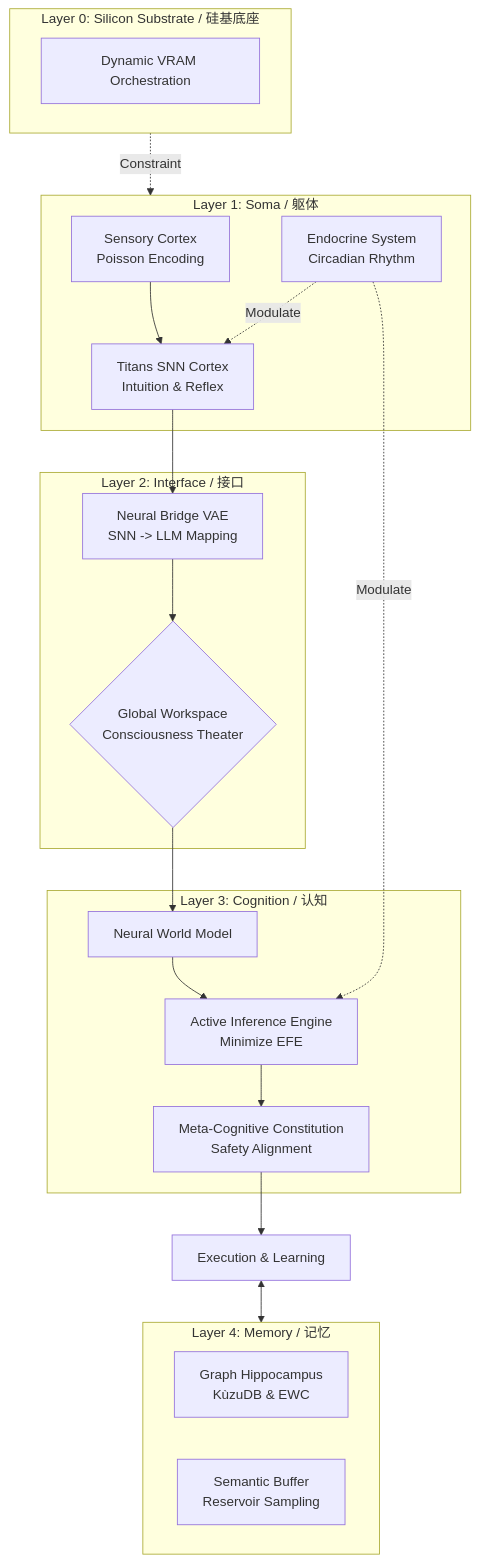
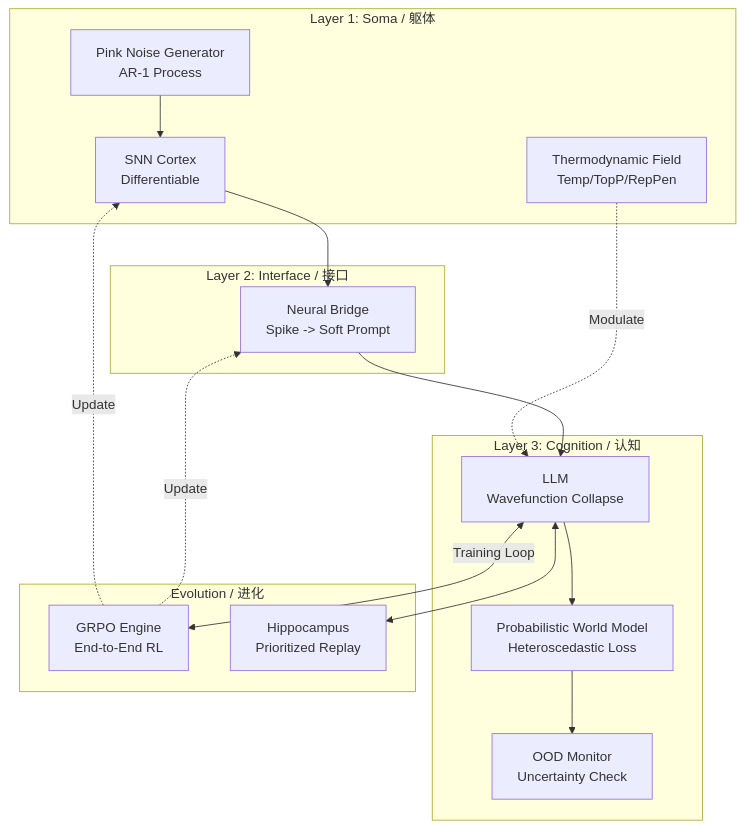
The diagram in README.md (waylliam1988/Nezha-AGI), drawn with Mermaid before and after one commit. The commit also changed other lines of this file and 1 other file, not shown here.

First line of the commit message:
feat: Release v13.1 - Thermodynamics & GRPO

````diff
--- a/README.md
+++ b/README.md
@@ -53,43 +59,38 @@
 ```mermaid
 graph TD
-    subgraph Layer0_Hardware [Layer 0: Silicon Substrate / 硅基底座]
-        VRAM_Monitor[Dynamic VRAM Orchestration]
-    end
-
     subgraph Layer1_Soma [Layer 1: Soma / 躯体]
-        Sensory[Sensory Cortex<br>Poisson Encoding]
-        SNN[Titans SNN Cortex<br>Intuition & Reflex]
-        Hormones[Endocrine System<br>Circadian Rhythm]
+        Noise[Pink Noise Generator<br>AR-1 Process]
+        SNN[SNN Cortex<br>Differentiable]
+        Hormones[Thermodynamic Field<br>Temp/TopP/RepPen]
     end
 
     subgraph Layer2_Interface [Layer 2: Interface / 接口]
-        VAE[Neural Bridge VAE<br>SNN -> LLM Mapping]
-        GWT{Global Workspace<br>Consciousness Theater}
+        VAE[Neural Bridge<br>Spike -> Soft Prompt]
     end
 
     subgraph Layer3_Cognition [Layer 3: Cognition / 认知]
-        WorldModel[Neural World Model]
-        ActInf[Active Inference Engine<br>Minimize EFE]
-        Constitution[Meta-Cognitive Constitution<br>Safety Alignment]
+        LLM[LLM<br>Wavefunction Collapse]
+        WorldModel[Probabilistic World Model<br>Heteroscedastic Loss]
+        Metacognition[OOD Monitor<br>Uncertainty Check]
     end
 
-    subgraph Memory [Layer 4: Memory / 记忆]
-        Hippocampus[Graph Hippocampus<br>KùzuDB & EWC]
-        Buffer[Semantic Buffer<br>Reservoir Sampling]
+    subgraph Evolution [Evolution / 进化]
+        GRPO[GRPO Engine<br>End-to-End RL]
+        PER[Hippocampus<br>Prioritized Replay]
     end
 
-    Layer0_Hardware -.->|Constraint| Layer1_Soma
-    Sensory --> SNN
+    Noise --> SNN
+    Hormones -.->|Modulate| LLM
     SNN --> VAE
-    VAE --> GWT
-    Hormones -.->|Modulate| SNN
-    Hormones -.->|Modulate| ActInf
+    VAE --> LLM
     
-    GWT --> WorldModel
-    WorldModel --> ActInf
-    ActInf --> Constitution
-    Constitution --> Action[Execution & Learning]
+    LLM --> WorldModel
+    WorldModel --> Metacognition
     
-    Action <--> Memory
+    LLM <-->|Training Loop| GRPO
+    GRPO -.->|Update| SNN
+    GRPO -.->|Update| VAE
+    
+    LLM <--> PER
 
 ```
````
